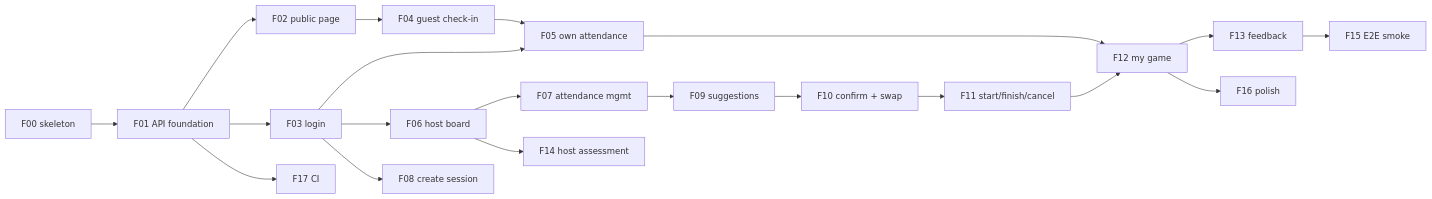
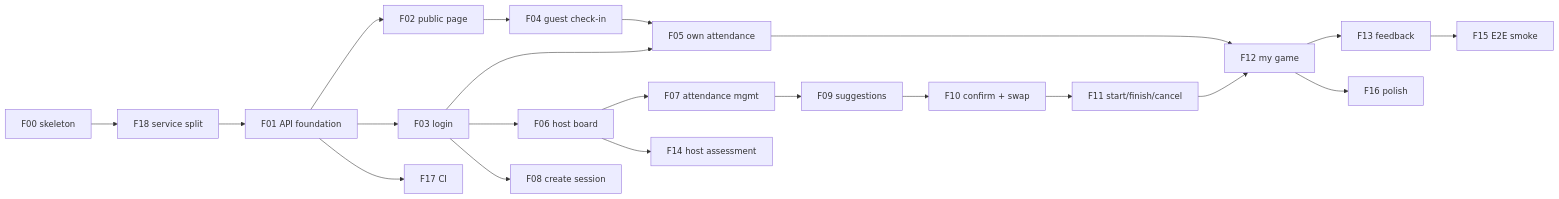
Before and after one commit to khoadeptrai199/faircourt: the diagram in planning/ROADMAP.md, drawn with Mermaid. The commit also changed other lines of this file and 17 other files, not shown here.

First line of the commit message:
Plan microservices architecture and re-scope sprint 01

````diff
--- a/planning/ROADMAP.md
+++ b/planning/ROADMAP.md
@@ -78,22 +81,23 @@
 ```mermaid
 flowchart LR
-    F00["F00 skeleton"] --> F01["F01 API foundation"]
+    F00["F00 skeleton"] --> F18["F18 service split"]
+    F18 --> F01["F01 API foundation"]
     F01 --> F02["F02 public page"]
     F01 --> F03["F03 login"]
     F02 --> F04["F04 guest check-in"]
     F03 --> F05["F05 own attendance"]
     F04 --> F05
     F03 --> F06["F06 host board"]
     F03 --> F08["F08 create session"]
     F06 --> F07["F07 attendance mgmt"]
     F07 --> F09["F09 suggestions"]
     F09 --> F10["F10 confirm + swap"]
     F10 --> F11["F11 start/finish/cancel"]
     F05 --> F12["F12 my game"]
     F11 --> F12
     F12 --> F13["F13 feedback"]
     F06 --> F14["F14 host assessment"]
     F13 --> F15["F15 E2E smoke"]
     F12 --> F16["F16 polish"]
     F01 --> F17["F17 CI"]
 ```
````
